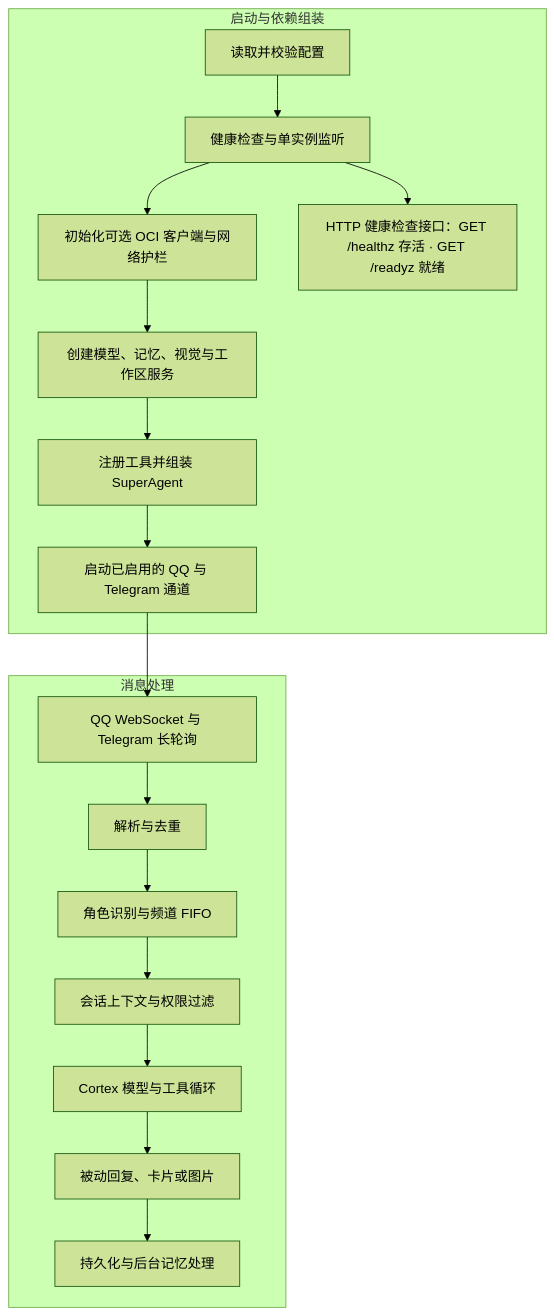
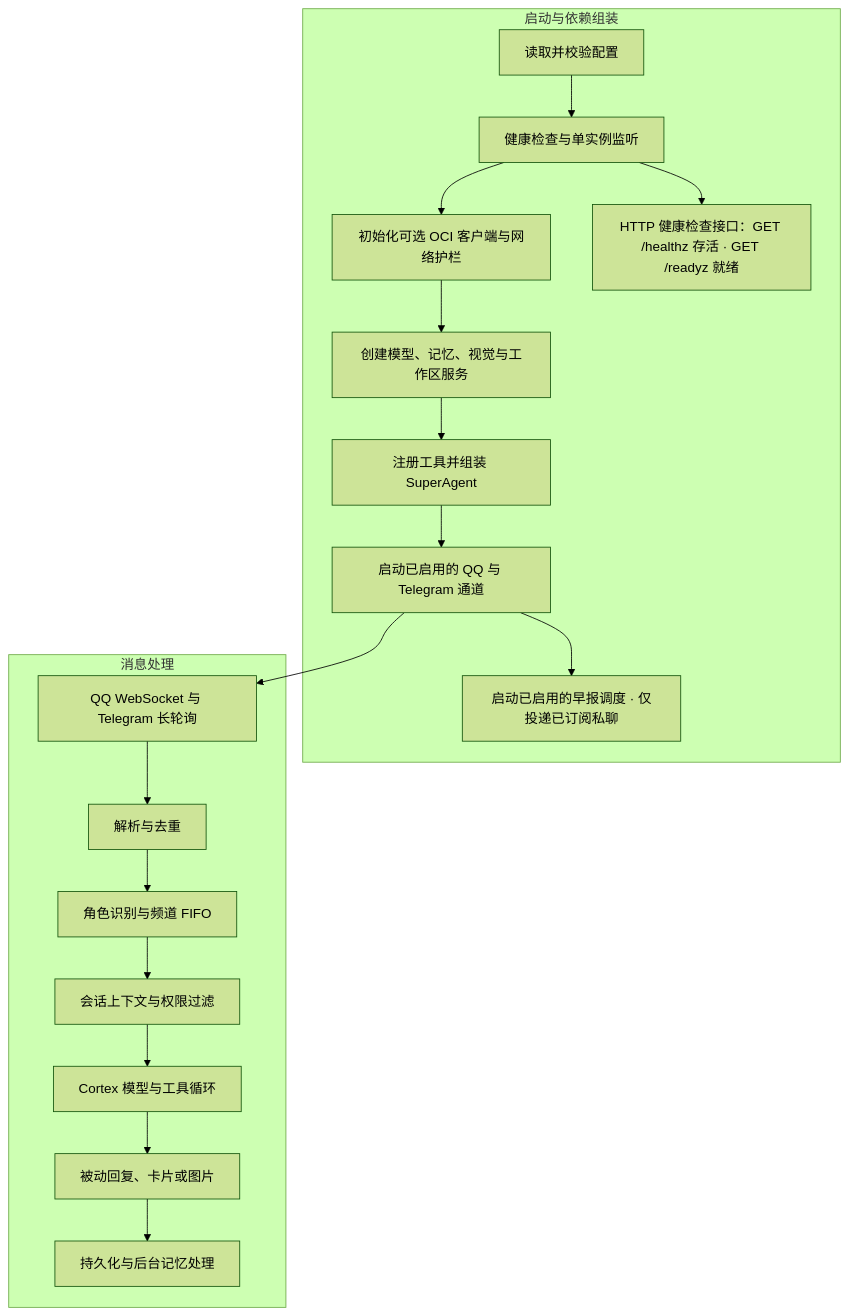
The diagram in docs/workflow.md (Ruixi-rebirth/daidai), drawn with Mermaid (forest theme) before and after one commit. The commit also changed other lines of this file and 70 other files, not shown here.

````diff
--- a/docs/workflow.md
+++ b/docs/workflow.md
@@ -7,22 +7,23 @@
 ```mermaid
 graph TD
     subgraph Boot [启动与依赖组装]
         A["读取并校验配置"] --> B["健康检查与单实例监听"]
         B --> C["初始化可选 OCI 客户端与网络护栏"]
         C --> D["创建模型、记忆、视觉与工作区服务"]
         D --> E["注册工具并组装 SuperAgent"]
         E --> F["启动已启用的 QQ 与 Telegram 通道"]
+        F --> P["启动已启用的早报调度 · 仅投递已订阅私聊"]
         B --> G["HTTP 健康检查接口：GET /healthz 存活 · GET /readyz 就绪"]
     end
 
     subgraph Message [消息处理]
         H["QQ WebSocket 与 Telegram 长轮询"] --> I["解析与去重"]
         I --> J["角色识别与频道 FIFO"]
         J --> K["会话上下文与权限过滤"]
         K --> L["Cortex 模型与工具循环"]
         L --> M["被动回复、卡片或图片"]
         M --> N["持久化与后台记忆处理"]
     end
 
     F --> H
 ```
````
